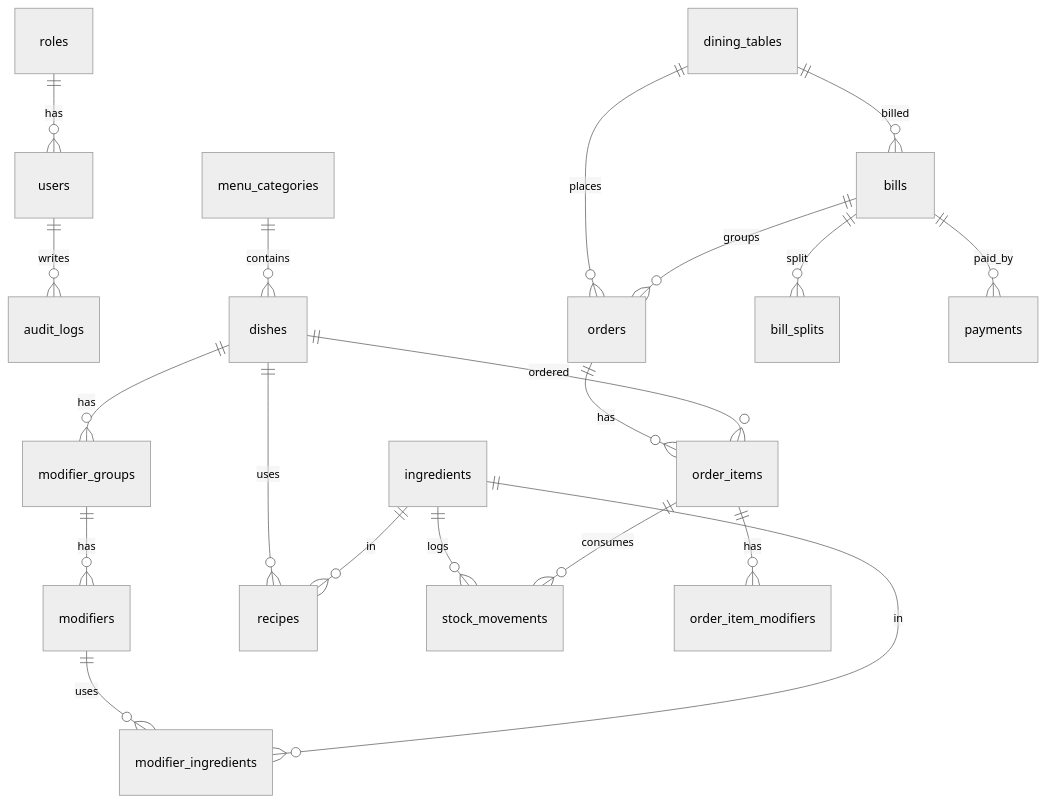
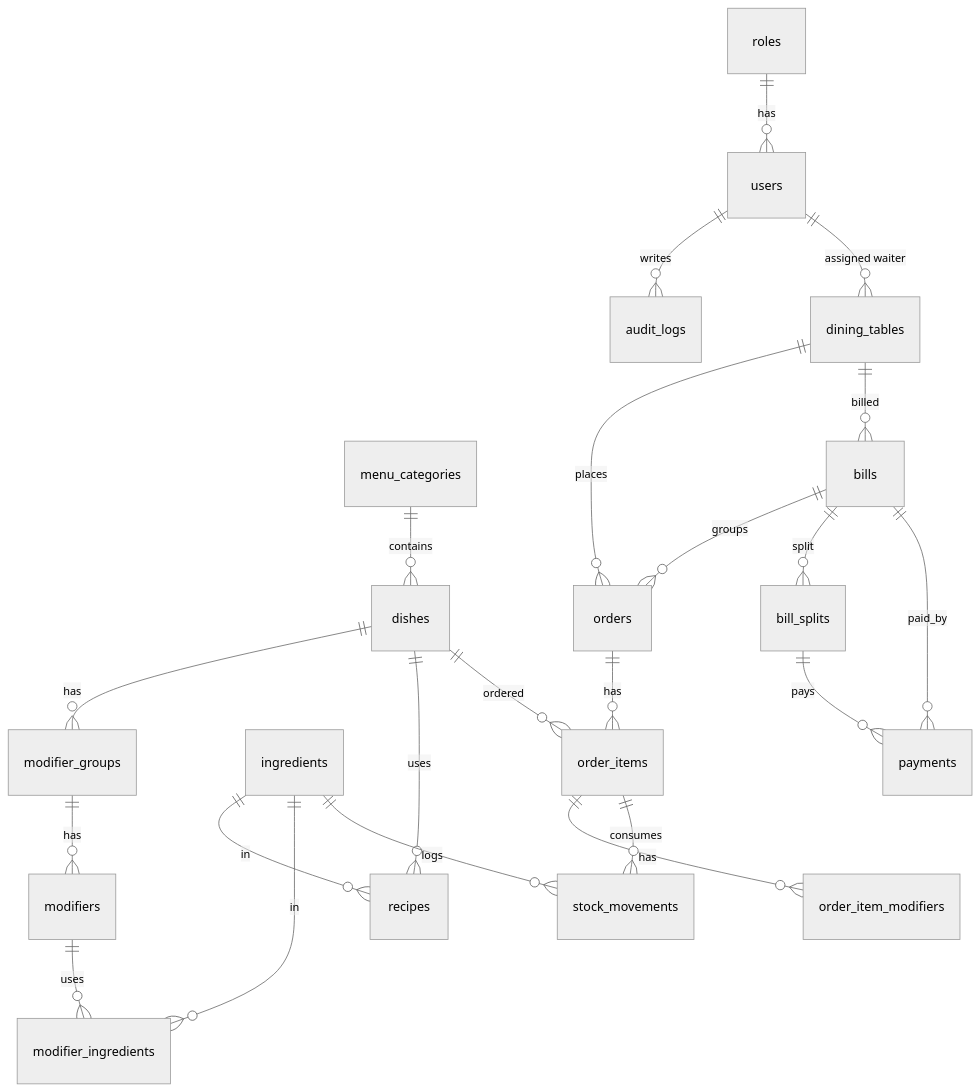
One commit to hafsahassan23/restaurant-ordering changed the diagram in README.md. Above: the diagram before and after it, drawn with Mermaid (neutral theme). The commit also changed other lines of this file and 68 other files, not shown here.

````diff
--- a/README.md
+++ b/README.md
@@ -113,22 +120,24 @@
 ```mermaid
 erDiagram
   roles ||--o{ users : has
   users ||--o{ audit_logs : writes
+  users ||--o{ dining_tables : "assigned waiter"
   menu_categories ||--o{ dishes : contains
   dishes ||--o{ modifier_groups : has
   modifier_groups ||--o{ modifiers : has
   dishes ||--o{ recipes : uses
   ingredients ||--o{ recipes : in
   modifiers ||--o{ modifier_ingredients : uses
   ingredients ||--o{ modifier_ingredients : in
   ingredients ||--o{ stock_movements : logs
   dining_tables ||--o{ orders : places
   bills ||--o{ orders : groups
   orders ||--o{ order_items : has
   dishes ||--o{ order_items : ordered
   order_items ||--o{ order_item_modifiers : has
   order_items ||--o{ stock_movements : consumes
   dining_tables ||--o{ bills : billed
   bills ||--o{ bill_splits : split
   bills ||--o{ payments : paid_by
+  bill_splits ||--o{ payments : pays
 ```
````
